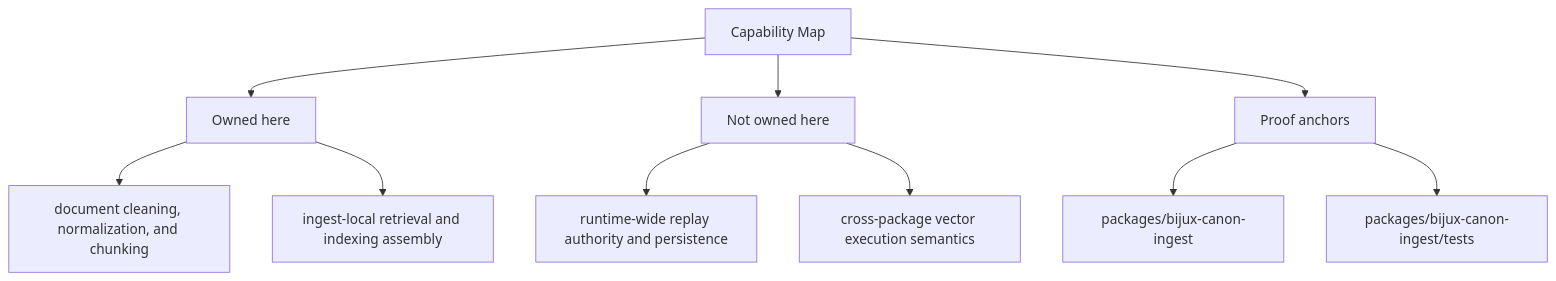
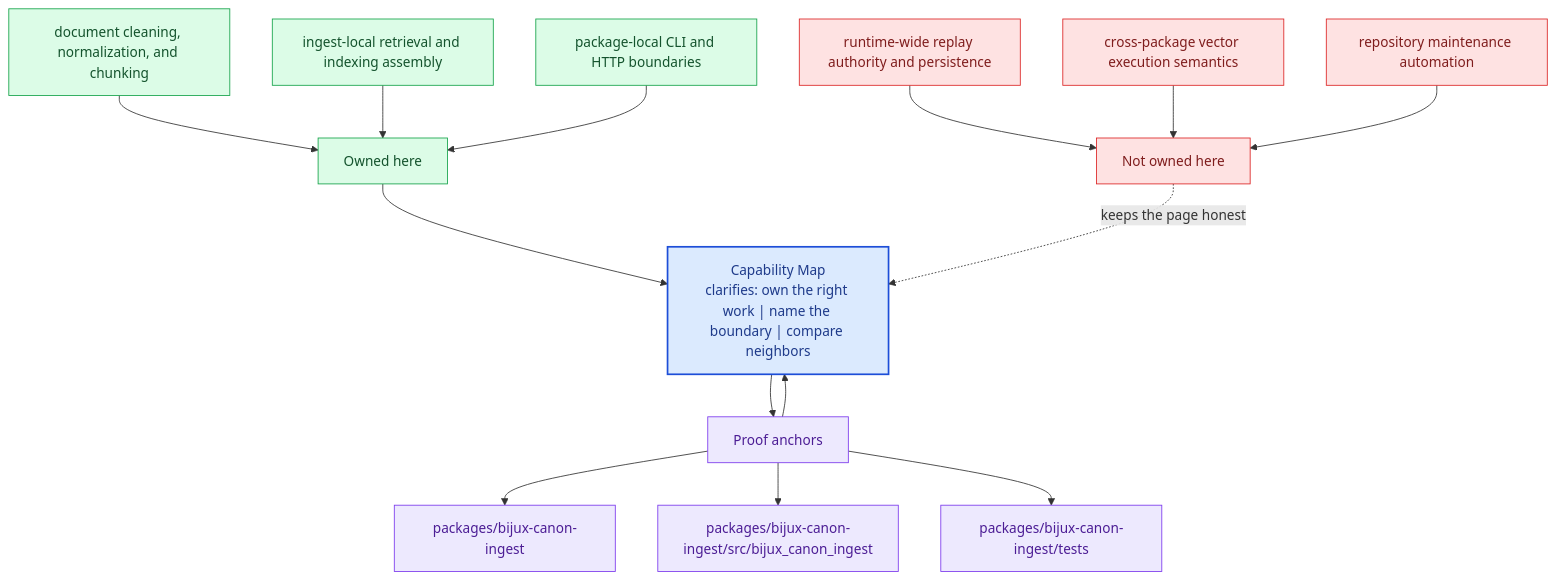
Before and after one commit to bijux/bijux-canon: the second of 2 diagrams in docs/bijux-canon-ingest/foundation/capability-map.md, drawn with Mermaid. The commit also changed other lines of this file and 281 other files, not shown here.

Commit message:
docs(diagrams): deepen handbook mermaid maps across the catalog

````diff
--- a/docs/bijux-canon-ingest/foundation/capability-map.md
+++ b/docs/bijux-canon-ingest/foundation/capability-map.md
@@ -35,22 +68,40 @@
 ```mermaid
-flowchart TD
-    page["Capability Map"]
+flowchart TB
+    promise["Capability Map<br/>clarifies: own the right work | name the boundary | compare neighbors"]
+    classDef promise fill:#dbeafe,stroke:#1d4ed8,color:#1e3a8a,stroke-width:2px;
+    classDef driver fill:#dcfce7,stroke:#16a34a,color:#14532d;
+    classDef constraint fill:#fee2e2,stroke:#dc2626,color:#7f1d1d;
+    classDef ground fill:#ede9fe,stroke:#7c3aed,color:#4c1d95;
     focus1["Owned here"]
-    page --> focus1
+    focus1 --> promise
     focus1_1["document cleaning, normalization, and chunking"]
-    focus1 --> focus1_1
+    focus1_1 --> focus1
     focus1_2["ingest-local retrieval and indexing assembly"]
-    focus1 --> focus1_2
+    focus1_2 --> focus1
+    focus1_3["package-local CLI and HTTP boundaries"]
+    focus1_3 --> focus1
+    class focus1 driver;
+    class focus1_1,focus1_2,focus1_3 driver;
     focus2["Not owned here"]
-    page --> focus2
+    focus2 -.keeps the page honest.-> promise
     focus2_1["runtime-wide replay authority and persistence"]
-    focus2 --> focus2_1
+    focus2_1 --> focus2
     focus2_2["cross-package vector execution semantics"]
-    focus2 --> focus2_2
+    focus2_2 --> focus2
+    focus2_3["repository maintenance automation"]
+    focus2_3 --> focus2
+    class focus2 constraint;
+    class focus2_1,focus2_2,focus2_3 constraint;
     focus3["Proof anchors"]
-    page --> focus3
+    focus3 --> promise
+    promise --> focus3
     focus3_1["packages/bijux-canon-ingest"]
     focus3 --> focus3_1
-    focus3_2["packages/bijux-canon-ingest/tests"]
+    focus3_2["packages/bijux-canon-ingest/src/bijux_canon_ingest"]
     focus3 --> focus3_2
+    focus3_3["packages/bijux-canon-ingest/tests"]
+    focus3 --> focus3_3
+    class focus3 ground;
+    class focus3_1,focus3_2,focus3_3 ground;
+    class promise promise;
 ```
````
